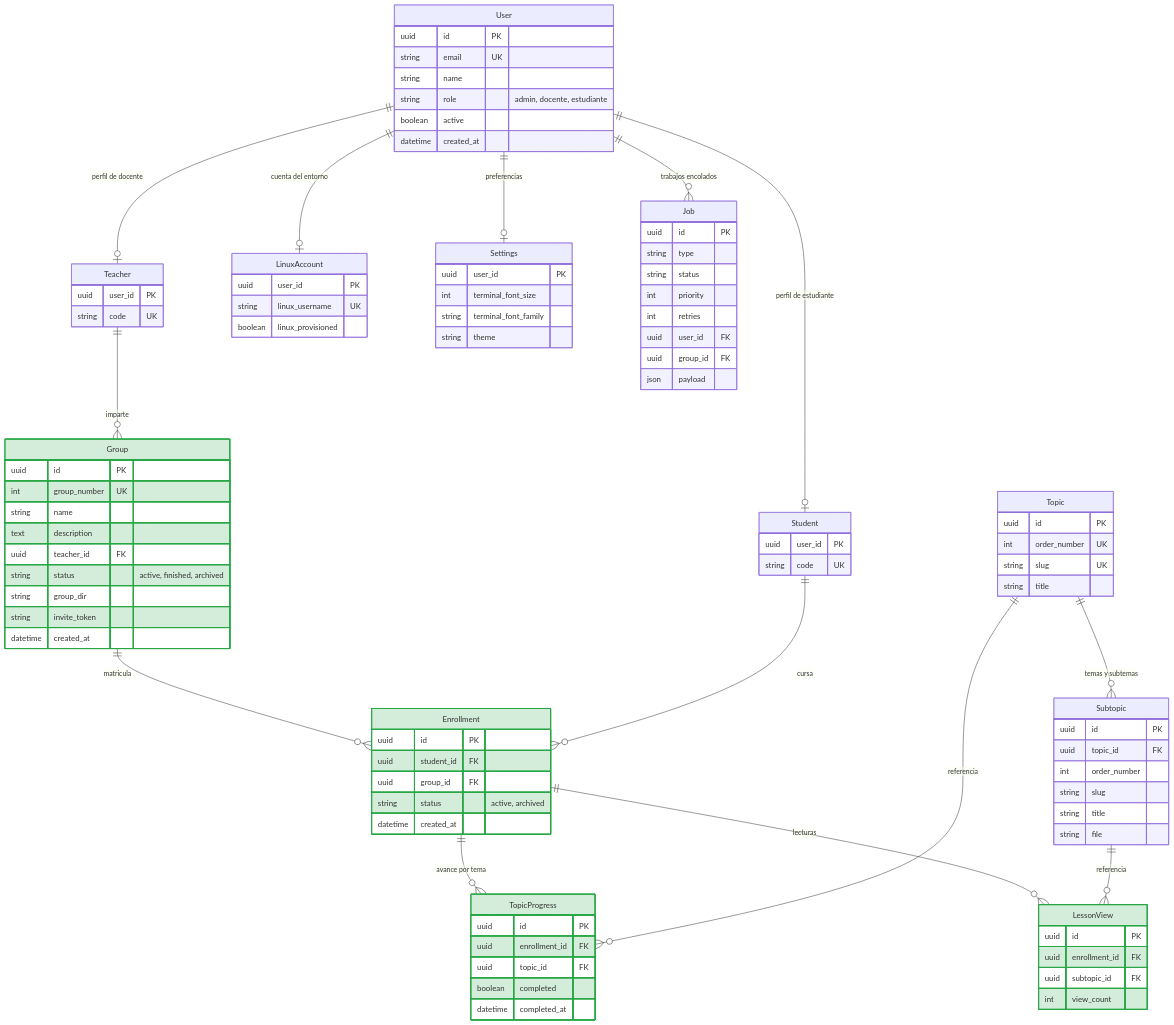
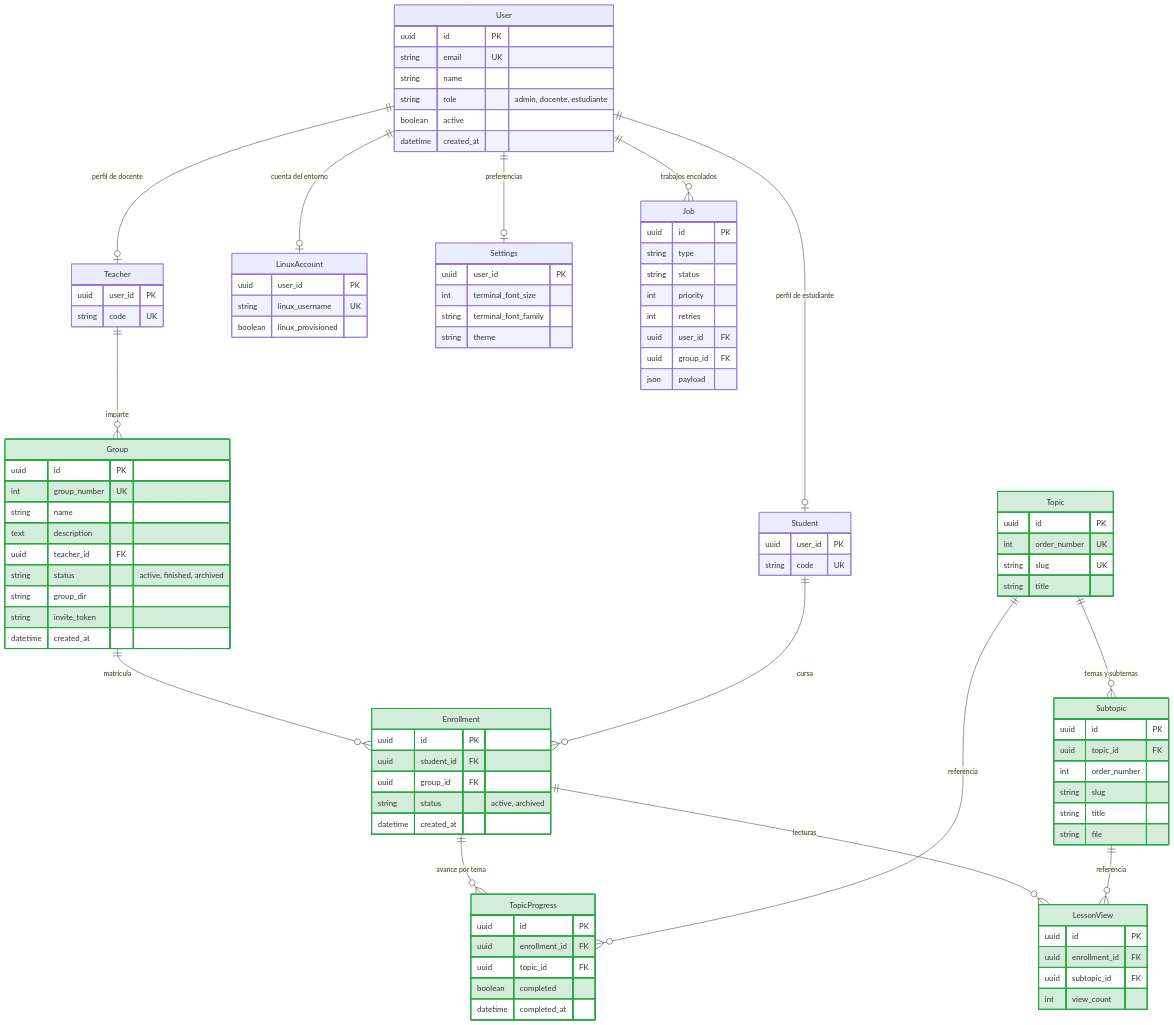
Before and after one commit to LinuxLab-UFPS/LinuxLab: the diagram in docs/SRS-iteracion-3.md, drawn with Mermaid. The commit also changed other lines of this file and 2 other files, not shown here.

````diff
--- a/docs/SRS-iteracion-3.md
+++ b/docs/SRS-iteracion-3.md
@@ -90,20 +86,6 @@
         string terminal_font_family
         string theme
     }
-    Topic {
-        uuid id PK
-        int order_number UK
-        string slug UK
-        string title
-    }
-    Subtopic {
-        uuid id PK
-        uuid topic_id FK
-        int order_number
-        string slug
-        string title
-        string file
-    }
     Job {
         uuid id PK
         string type
@@ -132,6 +114,20 @@
         string status "active, archived"
         datetime created_at
     }
+    Topic {
+        uuid id PK
+        int order_number UK
+        string slug UK
+        string title
+    }
+    Subtopic {
+        uuid id PK
+        uuid topic_id FK
+        int order_number
+        string slug
+        string title
+        string file
+    }
     TopicProgress {
         uuid id PK
         uuid enrollment_id FK
@@ -147,5 +143,5 @@
     }
 
     classDef nueva fill:#d4edda,stroke:#28a745,stroke-width:2px
-    class Group,Enrollment,TopicProgress,LessonView nueva
+    class Group,Enrollment,Topic,Subtopic,TopicProgress,LessonView nueva
 ```
````
